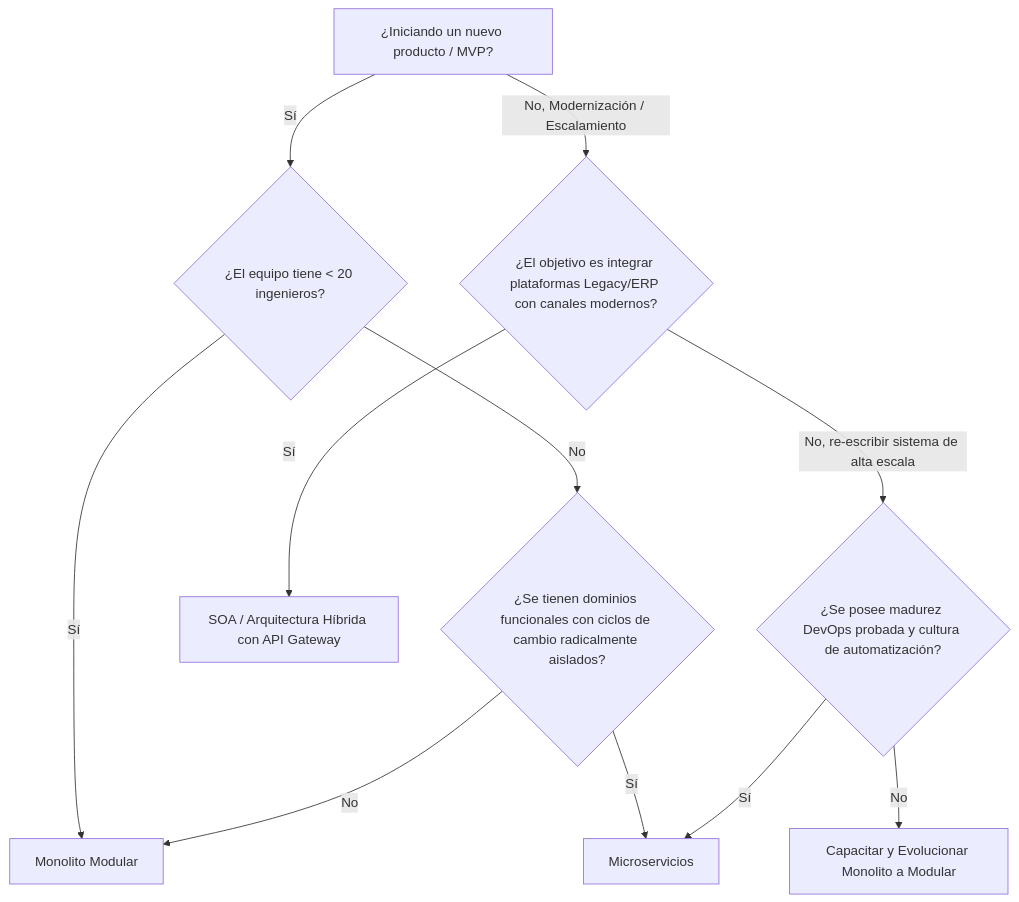
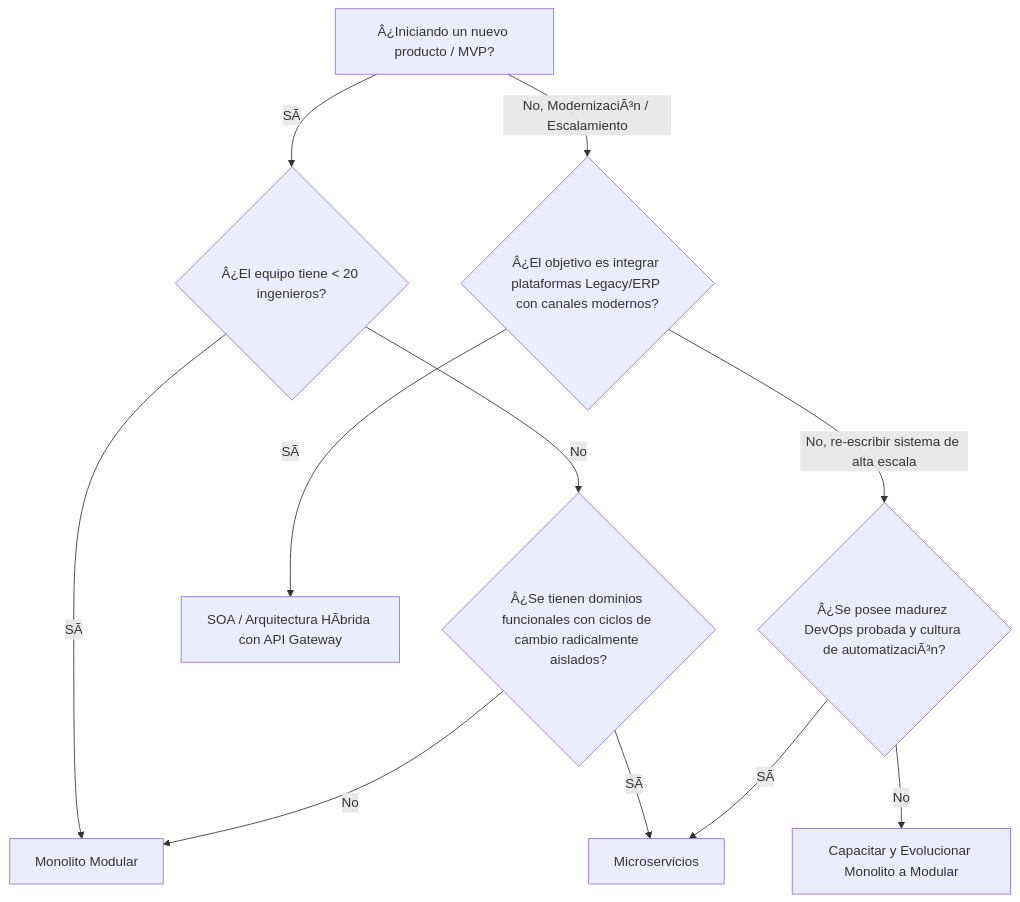
One commit to beyondnetcode/arc32_nodejs_progresive_monolith changed the first of 2 diagrams in architecture/adrs-es/core/0047-architectural-patterns-monolith-soa-microservices.md. Above: the diagram before and after it, drawn with Mermaid. The commit also changed other lines of this file and 303 other files, not shown here.

````diff
--- a/architecture/adrs-es/core/0047-architectural-patterns-monolith-soa-microservices.md
+++ b/architecture/adrs-es/core/0047-architectural-patterns-monolith-soa-microservices.md
@@ -131,13 +131,13 @@
 ```mermaid
 graph TD
-    A[¿Iniciando un nuevo producto / MVP?] -->|Sí| B{¿El equipo tiene < 20 ingenieros?}
-    B -->|Sí| C[Monolito Modular]
-    B -->|No| D{¿Se tienen dominios funcionales con ciclos de cambio radicalmente aislados?}
-    D -->|Sí| E[Microservicios]
+    A[Â¿Iniciando un nuevo producto / MVP?] -->|SÃ­| B{Â¿El equipo tiene < 20 ingenieros?}
+    B -->|SÃ­| C[Monolito Modular]
+    B -->|No| D{Â¿Se tienen dominios funcionales con ciclos de cambio radicalmente aislados?}
+    D -->|SÃ­| E[Microservicios]
     D -->|No| C
-    A -->|No, Modernización / Escalamiento| F{¿El objetivo es integrar plataformas Legacy/ERP con canales modernos?}
-    F -->|Sí| G[SOA / Arquitectura Híbrida con API Gateway]
-    F -->|No, re-escribir sistema de alta escala| H{¿Se posee madurez DevOps probada y cultura de automatización?}
+    A -->|No, ModernizaciÃ³n / Escalamiento| F{Â¿El objetivo es integrar plataformas Legacy/ERP con canales modernos?}
+    F -->|SÃ­| G[SOA / Arquitectura HÃ­brida con API Gateway]
+    F -->|No, re-escribir sistema de alta escala| H{Â¿Se posee madurez DevOps probada y cultura de automatizaciÃ³n?}
     H -->|No| I[Capacitar y Evolucionar Monolito a Modular]
-    H -->|Sí| E
+    H -->|SÃ­| E
 ```
````
